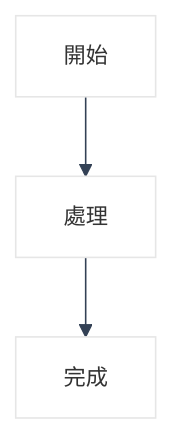
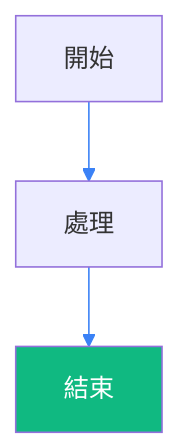
One commit to ChiahungTai/ai-rules changed the second of 8 diagrams in skills/mermaid/SKILL.md. Above: the diagram before and after it, drawn with Mermaid. The commit also changed other lines of this file and 4 other files, not shown here.

First line of the commit message:
refactor(mermaid): 採用實用主義配置，簡化 Mermaid Skill 架構

````diff
--- a/skills/mermaid/SKILL.md
+++ b/skills/mermaid/SKILL.md
@@ -123,16 +68,13 @@
 ```mermaid
 %%{init: {
-  'theme': 'base',
+  'theme': 'default',
   'themeVariables': {
-    'background': 'transparent',
-    'lineColor': '#334155',
-    'textColor': '#0f172a',
-    'primaryColor': '#ffffff',
-    'fontSize': '14px',
-    'fontFamily': 'system-ui, -apple-system, sans-serif'
+    'lineColor': '#3b82f6'
   }
 }}%%
-graph TD
+flowchart TD
     A[開始] --> B[處理]
-    B --> C[完成]
+    B --> C[結束]
+
+    style C fill:#10b981,color:#ffffff
 ```
````
